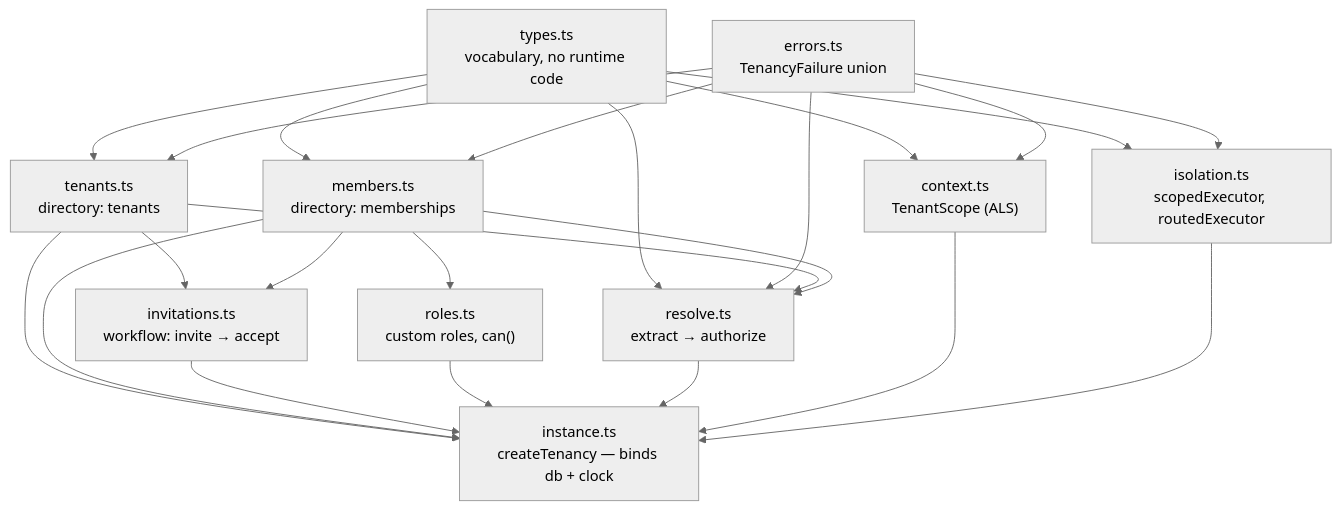
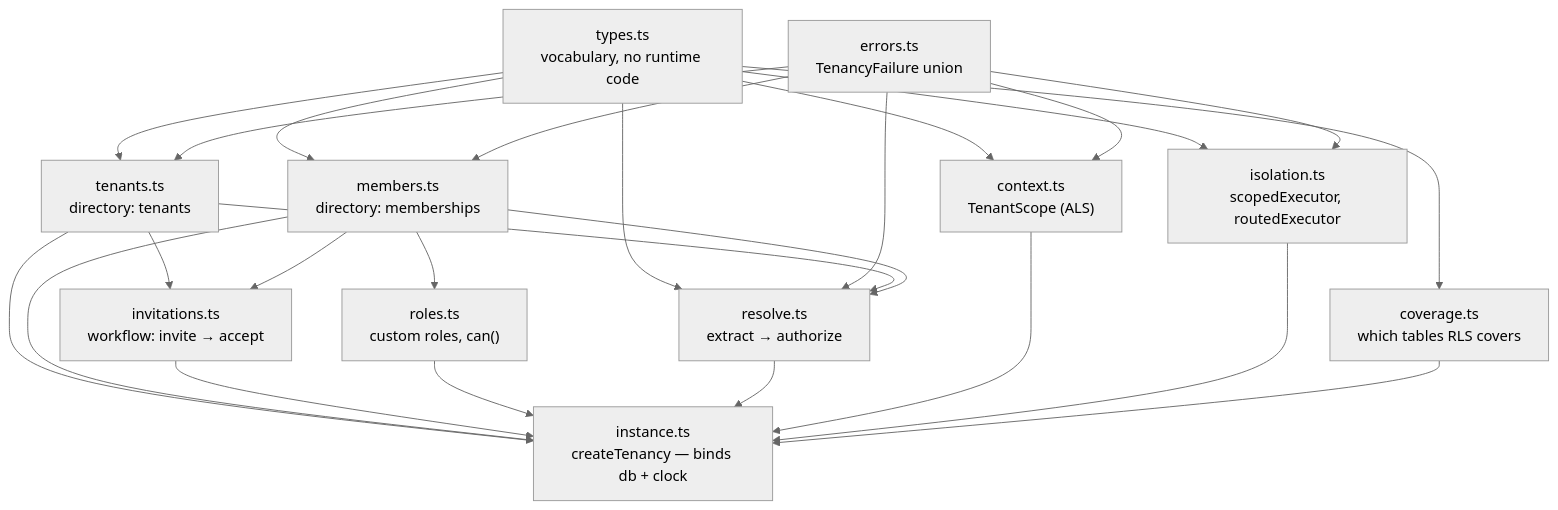
One commit to QuxKit/tenant-kit changed the diagram in docs/ARCHITECTURE.md. Above: the diagram before and after it, drawn with Mermaid (neutral theme). The commit also changed other lines of this file and 7 other files, not shown here.

First line of the commit message:
feat: tenancy.coverage() — which tenant-bearing tables forced RLS actually covers

````diff
--- a/docs/ARCHITECTURE.md
+++ b/docs/ARCHITECTURE.md
@@ -9,21 +9,22 @@
 ```mermaid
 flowchart TD
     types["types.ts<br/>vocabulary, no runtime code"]
     errors["errors.ts<br/>TenancyFailure union"]
     tenants["tenants.ts<br/>directory: tenants"]
     members["members.ts<br/>directory: memberships"]
     invitations["invitations.ts<br/>workflow: invite → accept"]
     roles["roles.ts<br/>custom roles, can()"]
     resolve["resolve.ts<br/>extract → authorize"]
     context["context.ts<br/>TenantScope (ALS)"]
     isolation["isolation.ts<br/>scopedExecutor, routedExecutor"]
+    coverage["coverage.ts<br/>which tables RLS covers"]
     instance["instance.ts<br/>createTenancy — binds db + clock"]
 
-    types --> tenants & members & resolve & context & isolation
+    types --> tenants & members & resolve & context & isolation & coverage
     errors --> tenants & members & resolve & context & isolation
     tenants --> resolve
     members --> resolve
     tenants & members --> invitations
     members --> roles
-    tenants & members & invitations & roles & resolve & context & isolation --> instance
+    tenants & members & invitations & roles & resolve & context & isolation & coverage --> instance
 ```
````
